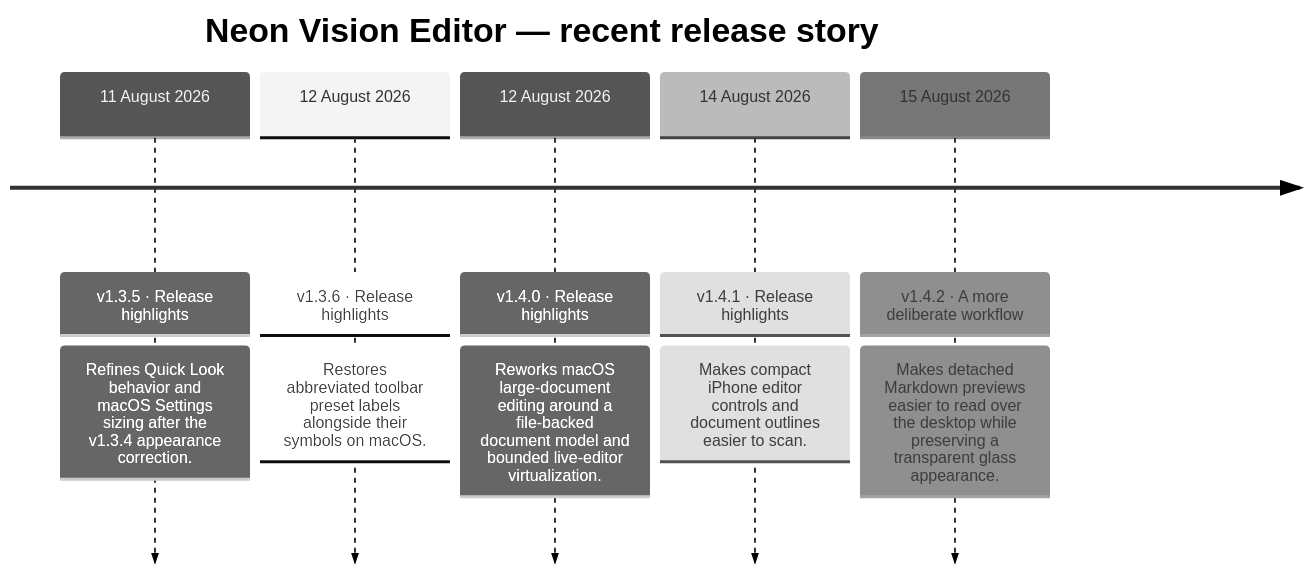
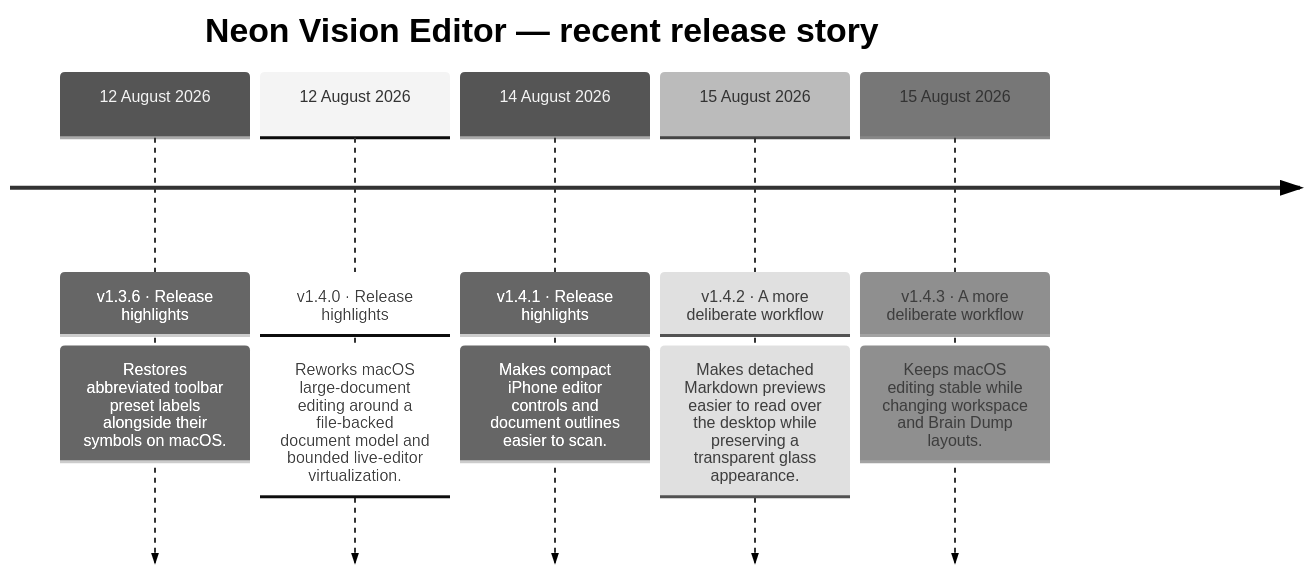
One commit to h3pdesign/Neon-Vision-Editor changed the second of 2 diagrams in README.md. Above: the diagram before and after it, drawn with Mermaid (neutral theme). The commit also changed other lines of this file and 11 other files, not shown here.

````diff
--- a/README.md
+++ b/README.md
@@ -769,14 +766,14 @@
 ```mermaid
 timeline
     title Neon Vision Editor — recent release story
-    11 August 2026 : v1.3.5 · Release highlights
-                : Refines Quick Look behavior and macOS Settings sizing after the v1.3.4 appearance correction.
     12 August 2026 : v1.3.6 · Release highlights
                 : Restores abbreviated toolbar preset labels alongside their symbols on macOS.
     12 August 2026 : v1.4.0 · Release highlights
                 : Reworks macOS large-document editing around a file-backed document model and bounded live-editor virtualization.
     14 August 2026 : v1.4.1 · Release highlights
                 : Makes compact iPhone editor controls and document outlines easier to scan.
     15 August 2026 : v1.4.2 · A more deliberate workflow
                 : Makes detached Markdown previews easier to read over the desktop while preserving a transparent glass appearance.
+    15 August 2026 : v1.4.3 · A more deliberate workflow
+                : Keeps macOS editing stable while changing workspace and Brain Dump layouts.
 ```
````
